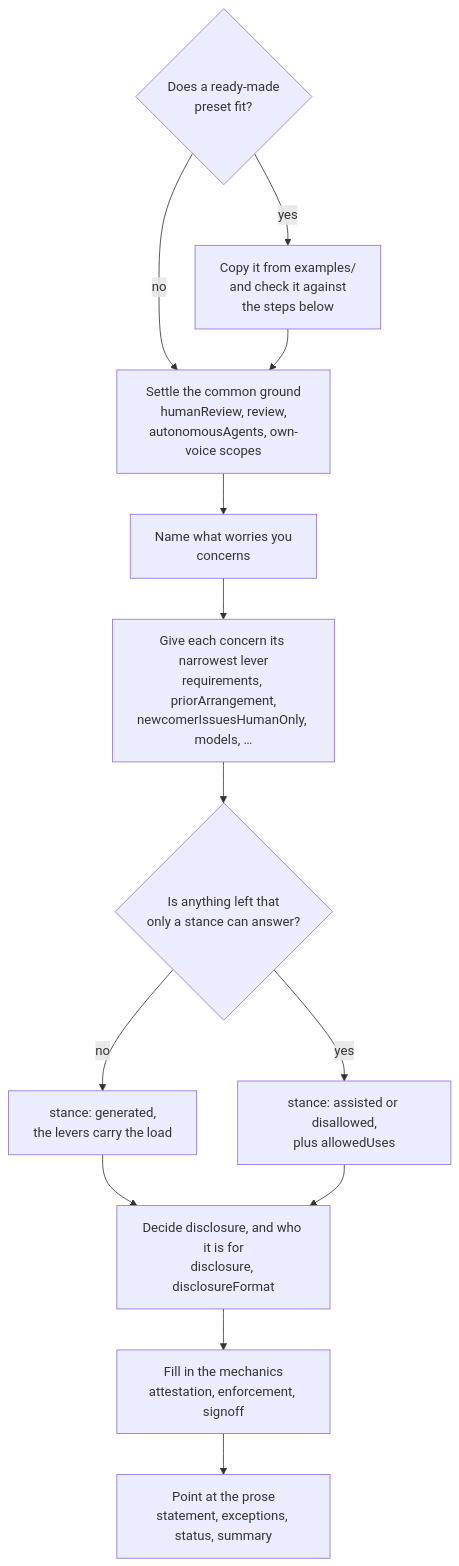
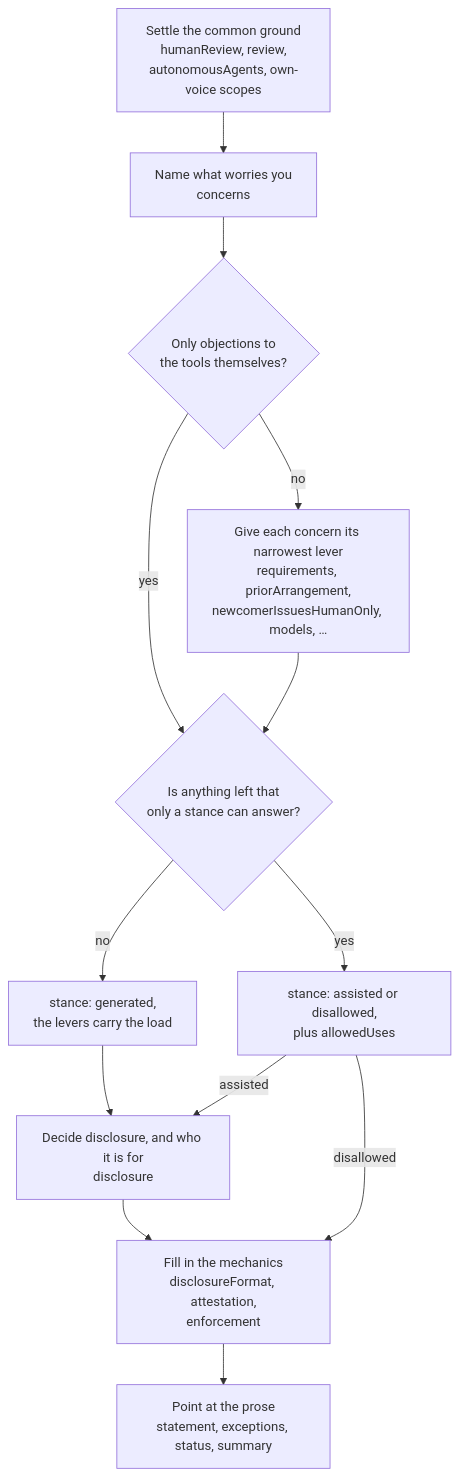
The diagram in writing-a-policy.md (cedricbonhomme/ai-policy), drawn with Mermaid before and after one commit. The commit also changed other lines of this file, not shown here.

Commit message:
guide: preset exit, undecided, skip rules

````diff
--- a/writing-a-policy.md
+++ b/writing-a-policy.md
@@ -12,15 +33,15 @@
 ```mermaid
 flowchart TD
-    preset{"Does a ready-made<br/>preset fit?"} -- yes --> copy["Copy it from examples/<br/>and check it against<br/>the steps below"]
-    preset -- no --> common
-    copy --> common["Settle the common ground<br/>humanReview, review,<br/>autonomousAgents, own-voice scopes"]
-    common --> concerns["Name what worries you<br/>concerns"]
-    concerns --> levers["Give each concern its narrowest lever<br/>requirements, priorArrangement,<br/>newcomerIssuesHumanOnly, models, …"]
+    common["Settle the common ground<br/>humanReview, review,<br/>autonomousAgents, own-voice scopes"] --> concerns["Name what worries you<br/>concerns"]
+    concerns --> tools{"Only objections to<br/>the tools themselves?"}
+    tools -- "yes" --> left
+    tools -- "no" --> levers["Give each concern its narrowest lever<br/>requirements, priorArrangement,<br/>newcomerIssuesHumanOnly, models, …"]
     levers --> left{"Is anything left that<br/>only a stance can answer?"}
     left -- "no" --> open["stance: generated,<br/>the levers carry the load"]
     left -- "yes" --> narrow["stance: assisted or disallowed,<br/>plus allowedUses"]
-    open --> disclosure["Decide disclosure, and who it is for<br/>disclosure, disclosureFormat"]
-    narrow --> disclosure
-    disclosure --> mechanics["Fill in the mechanics<br/>attestation, enforcement, signoff"]
+    open --> disclosure["Decide disclosure, and who it is for<br/>disclosure"]
+    narrow -- "assisted" --> disclosure
+    narrow -- "disallowed" --> mechanics
+    disclosure --> mechanics["Fill in the mechanics<br/>disclosureFormat, attestation,<br/>enforcement"]
     mechanics --> finish["Point at the prose<br/>statement, exceptions, status, summary"]
 ```
````
